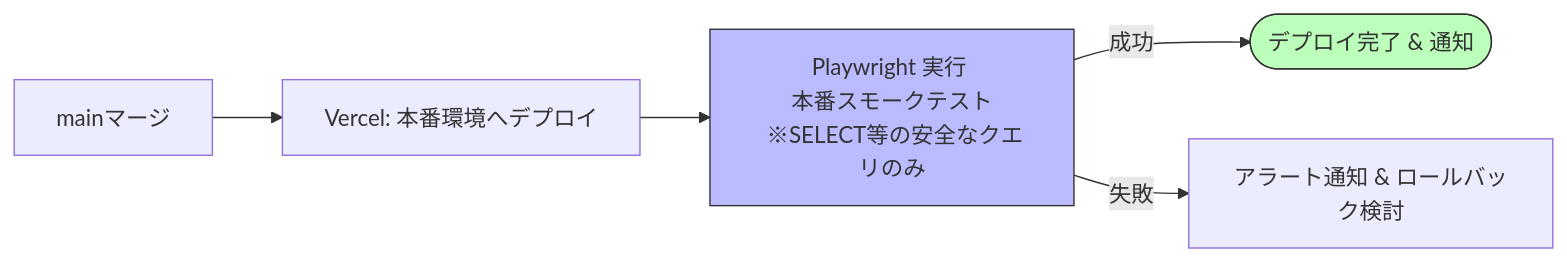
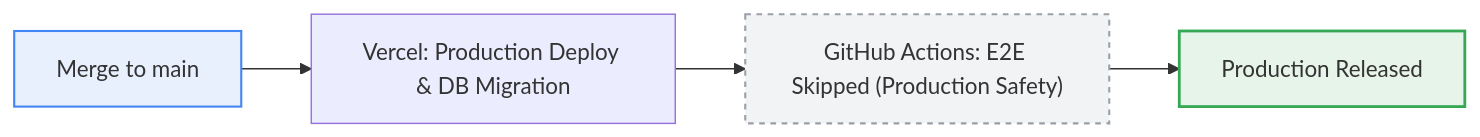
Before and after one commit to asaborian/material-request: the second of 2 diagrams in README.md, drawn with Mermaid. The commit also changed other lines of this file, not shown here.

Commit message:
docs: READMEのCI/CDパイプラインMermaid図を実態に合わせて更新 (#65)

````diff
--- a/README.md
+++ b/README.md
@@ -40,10 +70,10 @@
 ```mermaid
-graph LR
-    classDef test fill:#bbf,stroke:#333,stroke-width:1px;
-    classDef success fill:#bfb,stroke:#333,stroke-width:1px;
+flowchart LR
+    classDef main fill:#e8f0fe,stroke:#4285f4,stroke-width:1.5px;
+    classDef success fill:#e6f4ea,stroke:#34a853,stroke-width:2px;
+    classDef skip fill:#f1f3f4,stroke:#9aa0a6,stroke-width:1.5px,stroke-dasharray: 4 4;
 
-    G[mainマージ] --> H[Vercel: 本番環境へデプロイ] --> I[Playwright 実行 <br> 本番スモークテスト <br> ※SELECT等の安全なクエリのみ]:::test
-
-    I -->|成功| J([デプロイ完了 & 通知]):::success
-    I -->|失敗| Fail2[アラート通知 & ロールバック検討]
+    MERGE["Merge to main"]:::main --> VERCEL["Vercel: Production Deploy & DB Migration"]
+    VERCEL --> SKIP["GitHub Actions: E2E Skipped (Production Safety)"]:::skip
+    SKIP --> RELEASE["Production Released"]:::success
 ```
````
